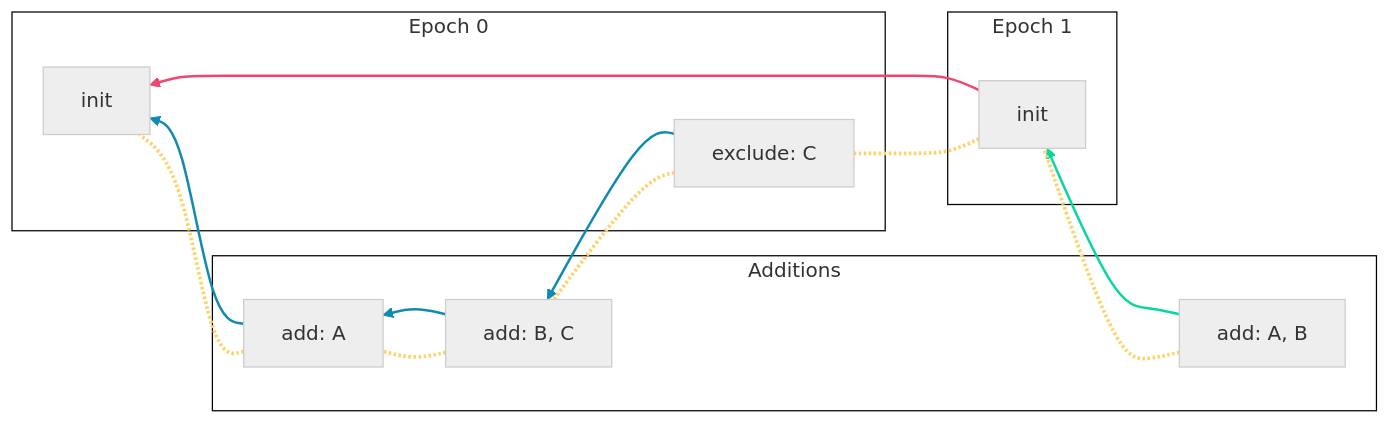
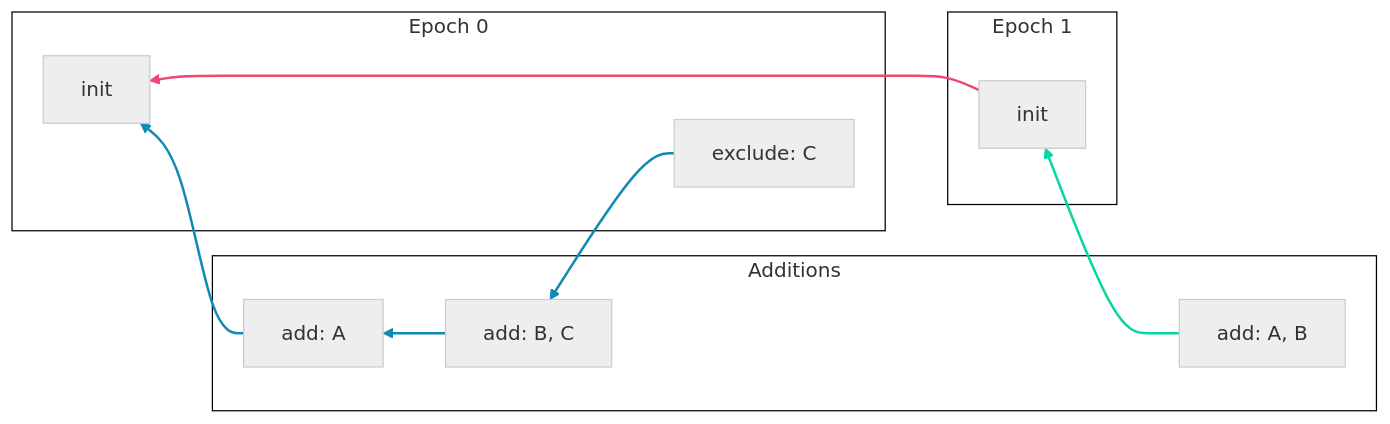
Before and after one commit to ssbc/ssb-group-exclusion-spec: diagram 12 of 13 in README.md, drawn with Mermaid (forest theme). The commit also changed other lines of this file, not shown here.

Commit message:
remove group tangles

````diff
--- a/README.md
+++ b/README.md
@@ -674,38 +631,38 @@
 ```mermaid
 flowchart RL
 
 subgraph Additions
   0_add_0[add: A]
   0_add_1[add: B, C]
   1_add_0[add: A, B]
 end
 
 subgraph epoch_0[Epoch 0]
   0_init[init]
 
   0_remove_2[exclude: C]
 end
 
 subgraph epoch_1[Epoch 1]
   1_init[init]
 end
 
 %% epoch tangle
 1_init --> 0_init
 linkStyle 0 stroke:#EF476F,stroke-width:2;
 
 %% members tangle - epoch 0
 0_remove_2 --> 0_add_1 --> 0_add_0 --> 0_init
 linkStyle 1,2,3 stroke:#118AB2,stroke-width:2;
 
 %% members tangle - epoch 1
 1_add_0 --> 1_init
 linkStyle 4 stroke:#06D6A0,stroke-width:2;
 
-%% group tangle
-1_add_0 -.- 1_init -.- 0_remove_2 -.- 0_add_1 -.- 0_add_0 -.- 0_init
-linkStyle 5,6,7,8,9 stroke:#FFD166,stroke-width:3;
+%% just to force the correct layout
+1_init---0_remove_2
+linkStyle 5 stroke:#0000,stroke-width:0;
 
 classDef default stroke:#ccc,fill:#eee,color:#333;
 classDef cluster fill:#fff,stroke:#000,color:#333;
 ```
````
